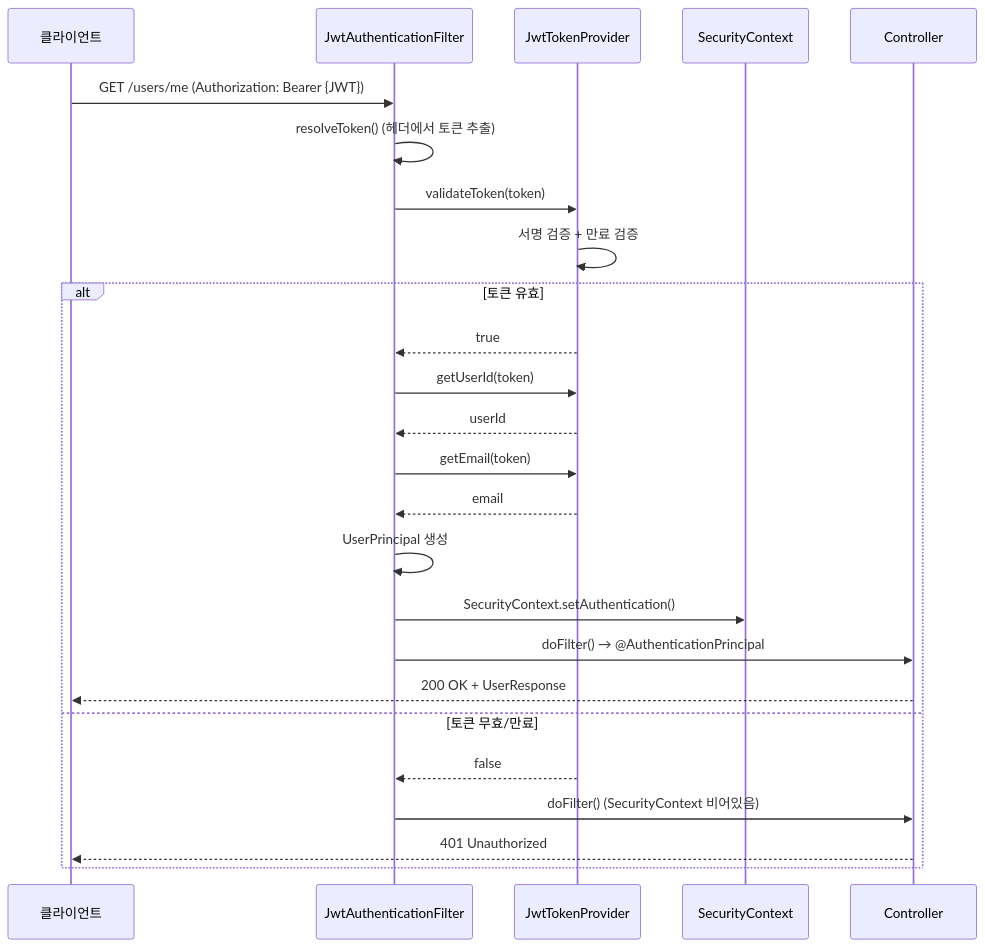
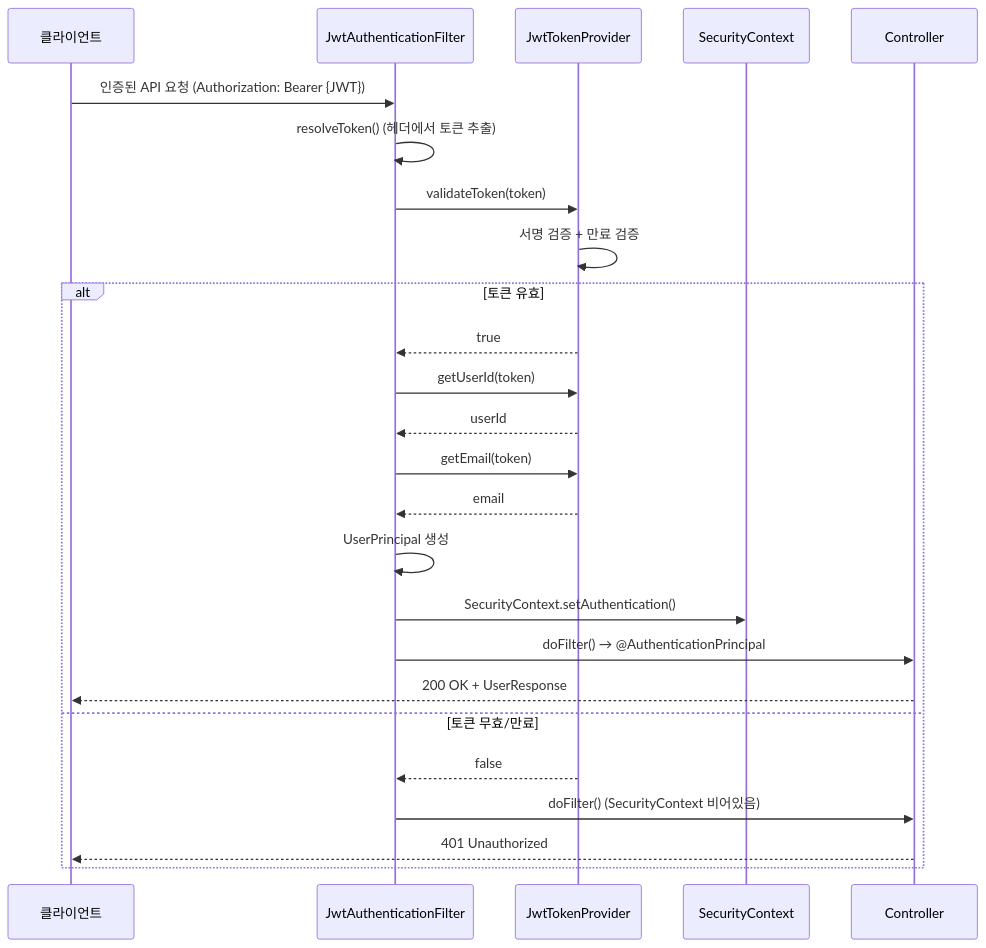
The third of 5 diagrams in architecture/auth-domain.md (cherry-market/cherry-architecture), drawn with Mermaid before and after one commit. The commit also changed other lines of this file and 6 other files, not shown here.

````diff
--- a/architecture/auth-domain.md
+++ b/architecture/auth-domain.md
@@ -130,28 +130,28 @@
 ```mermaid
 sequenceDiagram
     participant C as 클라이언트
     participant Filter as JwtAuthenticationFilter
     participant JWT as JwtTokenProvider
     participant SC as SecurityContext
     participant Controller as Controller
 
-    C->>Filter: GET /users/me (Authorization: Bearer {JWT})
+    C->>Filter: 인증된 API 요청 (Authorization: Bearer {JWT})
     Filter->>Filter: resolveToken() (헤더에서 토큰 추출)
     Filter->>JWT: validateToken(token)
     JWT->>JWT: 서명 검증 + 만료 검증
     alt 토큰 유효
         JWT-->>Filter: true
         Filter->>JWT: getUserId(token)
         JWT-->>Filter: userId
         Filter->>JWT: getEmail(token)
         JWT-->>Filter: email
         Filter->>Filter: UserPrincipal 생성
         Filter->>SC: SecurityContext.setAuthentication()
         Filter->>Controller: doFilter() → @AuthenticationPrincipal
         Controller-->>C: 200 OK + UserResponse
     else 토큰 무효/만료
         JWT-->>Filter: false
         Filter->>Controller: doFilter() (SecurityContext 비어있음)
         Controller-->>C: 401 Unauthorized
     end
 ```
````
